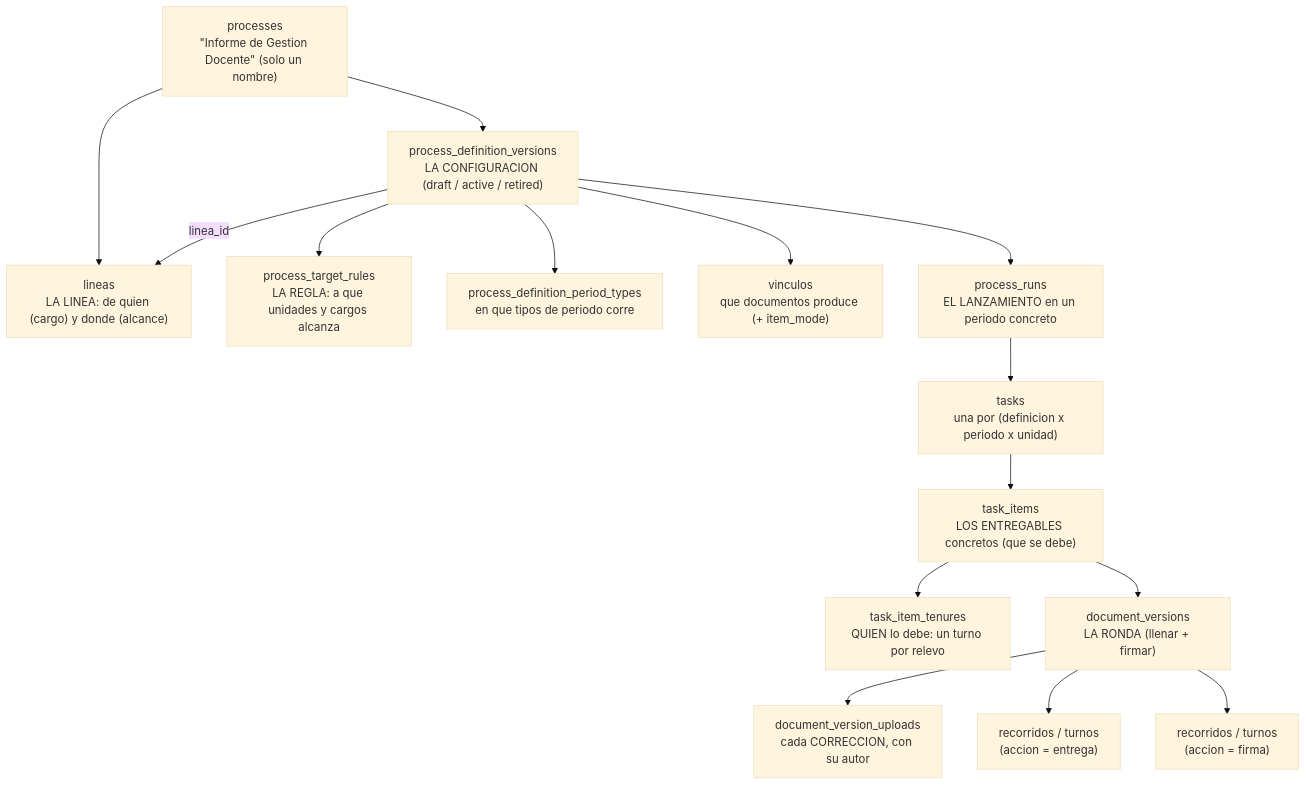
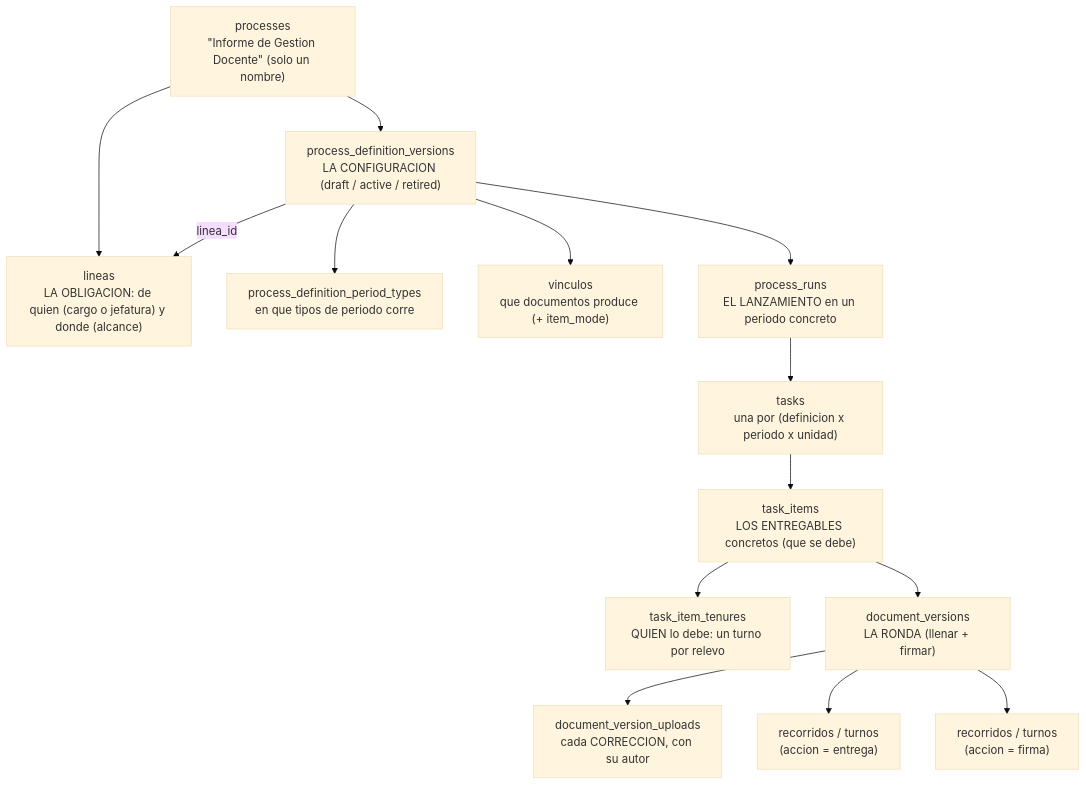
One commit to fresvel/deasy changed the diagram in docs/src/content/docs/datos/motor-de-procesos.md. Above: the diagram before and after it, drawn with Mermaid (base theme). The commit also changed other lines of this file and 56 other files, not shown here.

````diff
--- a/docs/src/content/docs/datos/motor-de-procesos.md
+++ b/docs/src/content/docs/datos/motor-de-procesos.md
@@ -11,33 +11,31 @@
 ```mermaid
 %% diagrama 08 — el motor de procesos, de la definicion al documento entregado y firmado
 flowchart TD
     PROC["processes<br/>#quot;Informe de Gestion Docente#quot; (solo un nombre)"]
     PDV["process_definition_versions<br/>LA CONFIGURACION (draft / active / retired)"]
-    LIN["lineas<br/>LA LINEA: de quien (cargo) y donde (alcance)"]
-    PTR["process_target_rules<br/>LA REGLA: a que unidades y cargos alcanza"]
+    LIN["lineas<br/>LA OBLIGACION: de quien (cargo o jefatura) y donde (alcance)"]
     PDPT["process_definition_period_types<br/>en que tipos de periodo corre"]
     PDT["vinculos<br/>que documentos produce (+ item_mode)"]
     RUNS["process_runs<br/>EL LANZAMIENTO en un periodo concreto"]
     TSK["tasks<br/>una por (definicion x periodo x unidad)"]
     ITM["task_items<br/>LOS ENTREGABLES concretos (que se debe)"]
     TEN["task_item_tenures<br/>QUIEN lo debe: un turno por relevo"]
     DVER["document_versions<br/>LA RONDA (llenar + firmar)"]
     DVU["document_version_uploads<br/>cada CORRECCION, con su autor"]
     FILL["recorridos / turnos<br/>(accion = entrega)"]
     SIG["recorridos / turnos<br/>(accion = firma)"]
 
     PROC --> PDV
     PROC --> LIN
     PDV -->|"linea_id"| LIN
-    PDV --> PTR
     PDV --> PDPT
     PDV --> PDT
     PDV --> RUNS
     RUNS --> TSK
     TSK --> ITM
     ITM --> TEN
     ITM --> DVER
     DVER --> DVU
     DVER --> FILL
     DVER --> SIG
 ```
````
